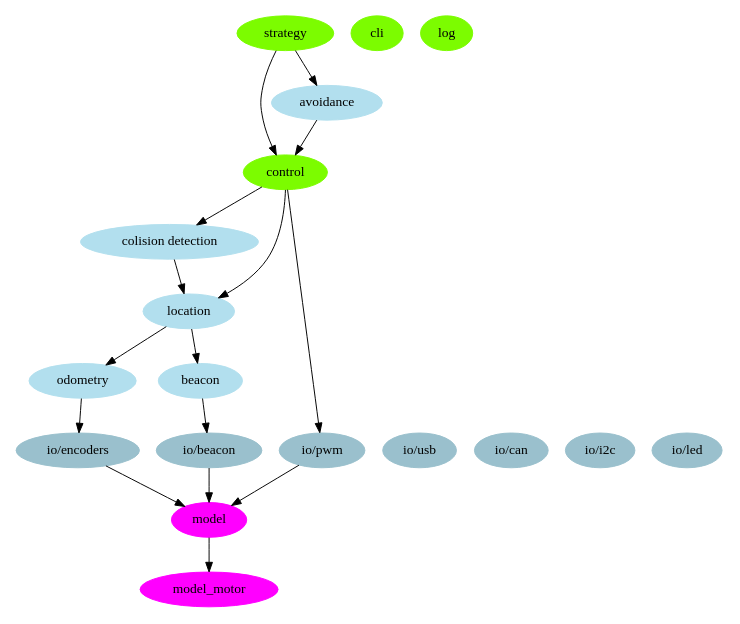
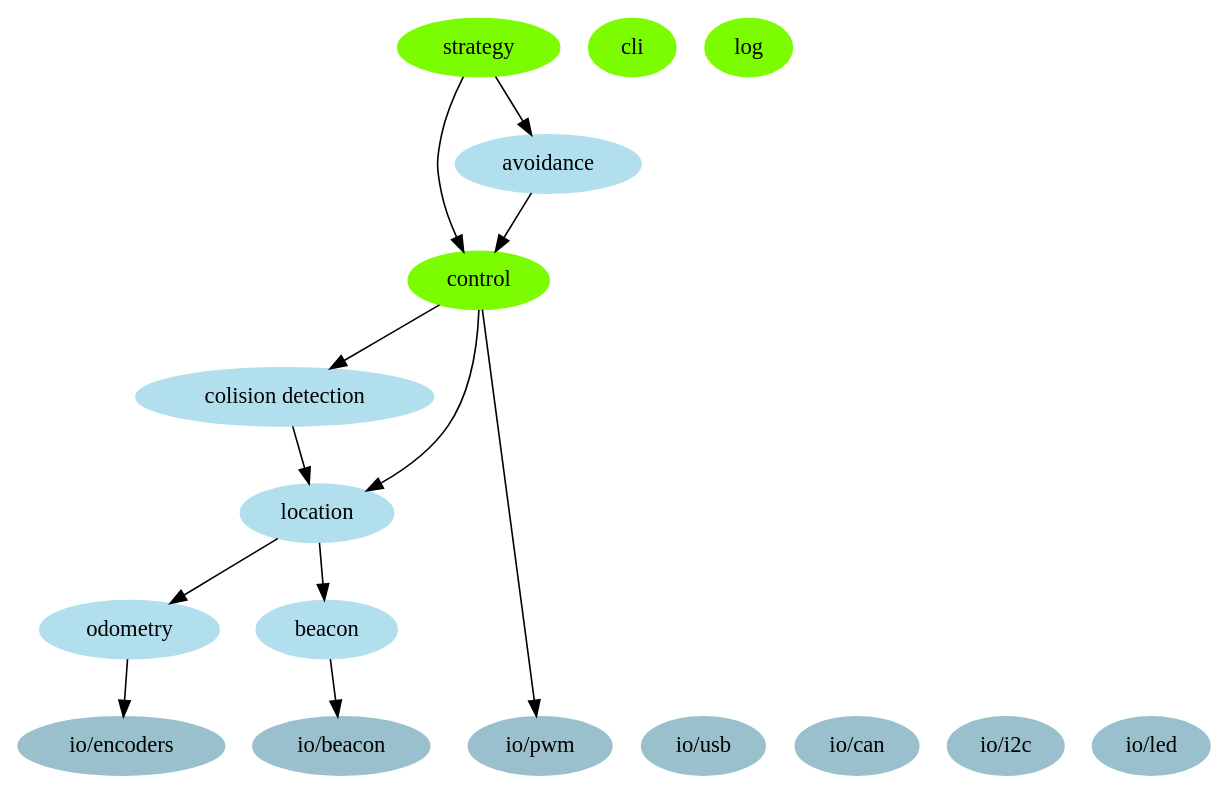
One commit to jbtredez/Atlantronic changed the diagram in doc/graph/architecture.dot. Above: the diagram before and after it, drawn with Graphviz. The commit also changed 1 other file, not shown here.

```diff
--- a/doc/graph/architecture.dot
+++ b/doc/graph/architecture.dot
@@ -1,54 +1,45 @@
 digraph robot
 {
-	size="6,6";
+	size="10,10";
 	// modules - taches
 	node [color=lawngreen, style=filled ]
 	strategy
 	control
 	cli
 	log
 
 	// modules - fonctions
 	node [color=lightblue2, style=filled ]
 	avoidance
 	"colision detection"
 	location
 	odometry
 	beacon
 
 	// io
 	node [color=lightblue3, style=filled ]
 	{
 		rank=same;
 		"io/pwm"
 		"io/encoders"
 		"io/beacon"
 		"io/usb"
 		"io/can"
 		"io/i2c"
 		"io/led"
 	}
 
-	// modèle - simulation
-	node [color=magenta, style=filled ]
-	model
-	model_motor
-
 	// liens
 	strategy -> avoidance
 	strategy -> control
 	avoidance -> control
 	control -> "colision detection"
 	control -> location
 	"colision detection" -> location
 	location -> odometry
 	location -> beacon
 
 	beacon -> "io/beacon"
 	odometry -> "io/encoders"
 	control -> "io/pwm"
-	"io/pwm" -> model
-	"io/encoders" -> model
-	"io/beacon" -> model
-	model -> model_motor	
 }
```
